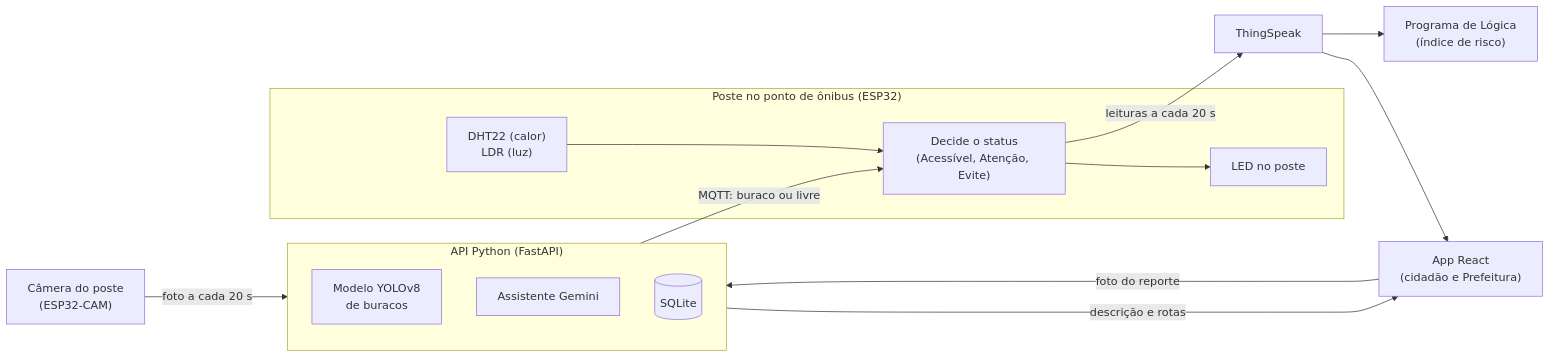
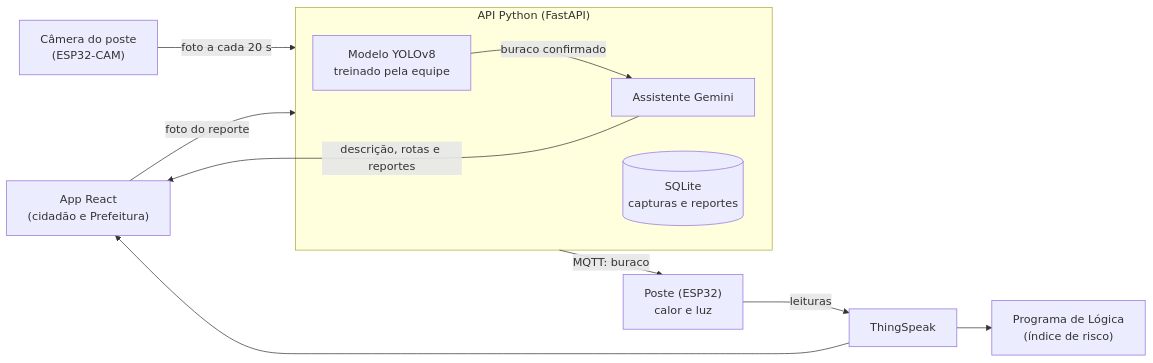
The diagram in README.md (caiovfaria/CELIA-EDGE-PYTHON-MAT), drawn with Mermaid before and after one commit. The commit also changed other lines of this file, not shown here.

````diff
--- a/README.md
+++ b/README.md
@@ -78,19 +144,14 @@
 ```mermaid
 flowchart LR
-    subgraph Poste["Poste no ponto de ônibus (ESP32)"]
-        S["DHT22 (calor)<br>LDR (luz)"] --> D["Decide o status<br>(Acessível, Atenção, Evite)"]
-        D --> L["LED no poste"]
+    APP["App React<br>(cidadão e Prefeitura)"] -- "foto do reporte" --> API
+    CAM["Câmera do poste<br>(ESP32-CAM)"] -- "foto a cada 20 s" --> API
+    subgraph API["API Python (FastAPI)"]
+        Y["Modelo YOLOv8<br>treinado pela equipe"] -- "buraco confirmado" --> G["Assistente Gemini"]
+        DB[("SQLite<br>capturas e reportes")]
     end
-    CAM["Câmera do poste<br>(ESP32-CAM)"] -- "foto a cada 20 s" --> API
-    APP["App React<br>(cidadão e Prefeitura)"] -- "foto do reporte" --> API
-    subgraph API["API Python (FastAPI)"]
-        Y["Modelo YOLOv8<br>de buracos"]
-        G["Assistente Gemini"]
-        DB[("SQLite")]
-    end
-    API -- "MQTT: buraco ou livre" --> D
-    D -- "leituras a cada 20 s" --> TS["ThingSpeak"]
+    G -- "descrição, rotas e reportes" --> APP
+    API -- "MQTT: buraco" --> P["Poste (ESP32)<br>calor e luz"]
+    P -- "leituras" --> TS["ThingSpeak"]
     TS --> APP
     TS --> PY["Programa de Lógica<br>(índice de risco)"]
-    API -- "descrição e rotas" --> APP
 ```
````
